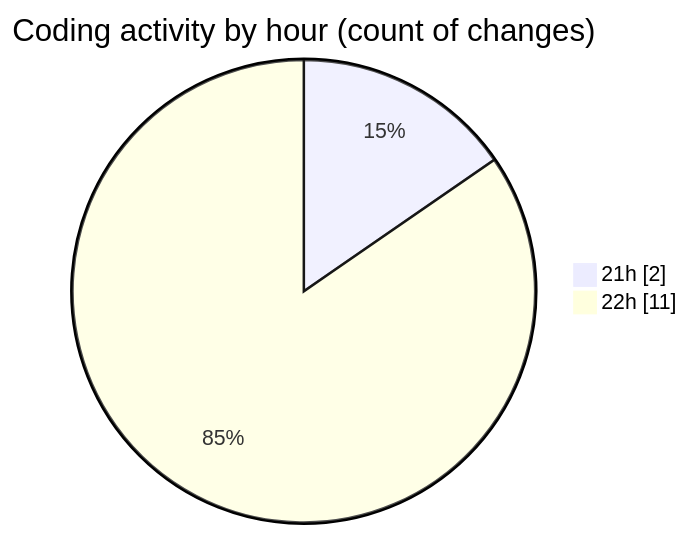
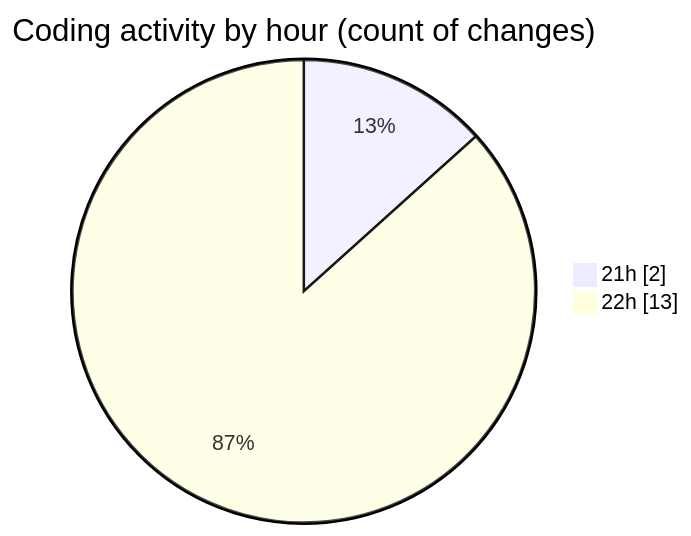
One commit to Elitesun/code-tracking changed the second of 2 diagrams in 2025-02-20/projet/README.md. Above: the diagram before and after it, drawn with Mermaid. The commit also changed other lines of this file and 1 other file, not shown here.

````diff
--- a/2025-02-20/projet/README.md
+++ b/2025-02-20/projet/README.md
@@ -32,6 +33,6 @@
 ```mermaid
 pie showData
 title Coding activity by hour (count of changes)
 "21h" : 2
-"22h" : 11
+"22h" : 13
 ```
````
